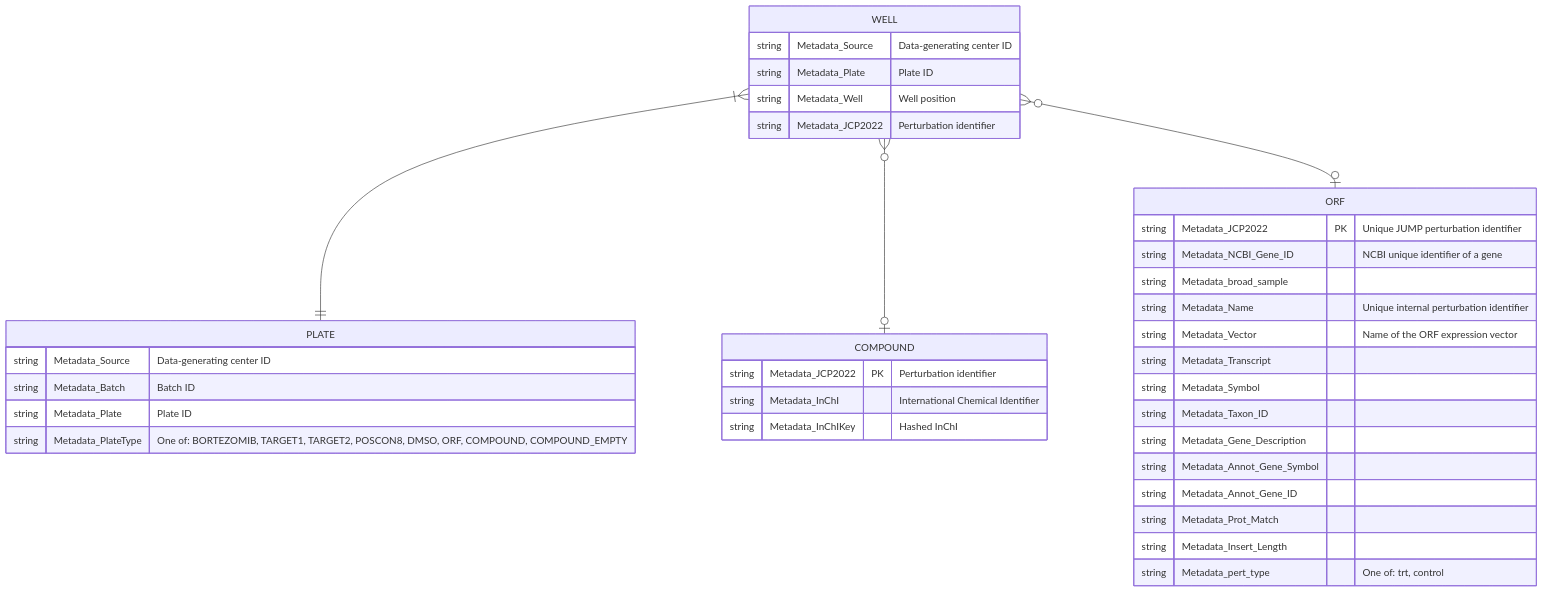
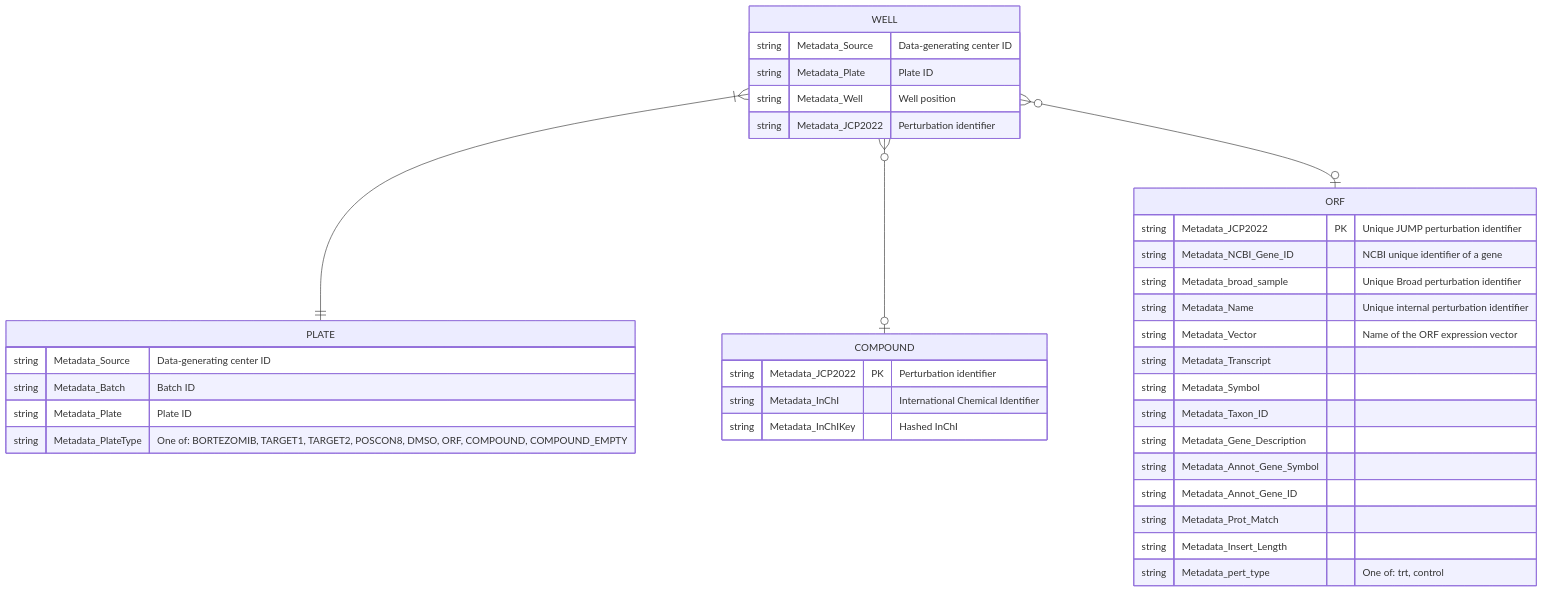
One commit to jump-cellpainting/datasets changed the diagram in metadata/README.md. Above: the diagram before and after it, drawn with Mermaid.

````diff
--- a/metadata/README.md
+++ b/metadata/README.md
@@ -6,39 +6,39 @@
 ```mermaid
 erDiagram
     WELL }|--|| PLATE : ""
     WELL {
         string Metadata_Source "Data-generating center ID"
         string Metadata_Plate "Plate ID"
         string Metadata_Well "Well position"
         string Metadata_JCP2022 "Perturbation identifier"
     }
     PLATE {
         string Metadata_Source "Data-generating center ID"
         string Metadata_Batch "Batch ID"
         string Metadata_Plate "Plate ID"
         string Metadata_PlateType "One of: BORTEZOMIB, TARGET1, TARGET2, POSCON8, DMSO, ORF, COMPOUND, COMPOUND_EMPTY"
     }
     WELL }o--o| COMPOUND : ""
     COMPOUND {
         string Metadata_JCP2022 PK "Perturbation identifier"
         string Metadata_InChI "International Chemical Identifier"
         string Metadata_InChIKey "Hashed InChI"
     }
     WELL }o--o| ORF : ""
     ORF {
         string Metadata_JCP2022 PK "Unique JUMP perturbation identifier"
         string Metadata_NCBI_Gene_ID "NCBI unique identifier of a gene"
-        string Metadata_broad_sample ""
+        string Metadata_broad_sample "Unique Broad perturbation identifier"
         string Metadata_Name "Unique internal perturbation identifier"
         string Metadata_Vector "Name of the ORF expression vector"
         string Metadata_Transcript ""
         string Metadata_Symbol ""
         string Metadata_Taxon_ID ""
         string Metadata_Gene_Description ""
         string Metadata_Annot_Gene_Symbol ""
         string Metadata_Annot_Gene_ID ""
         string Metadata_Prot_Match ""
         string Metadata_Insert_Length ""
         string Metadata_pert_type "One of: trt, control"
     }
 ```
````
